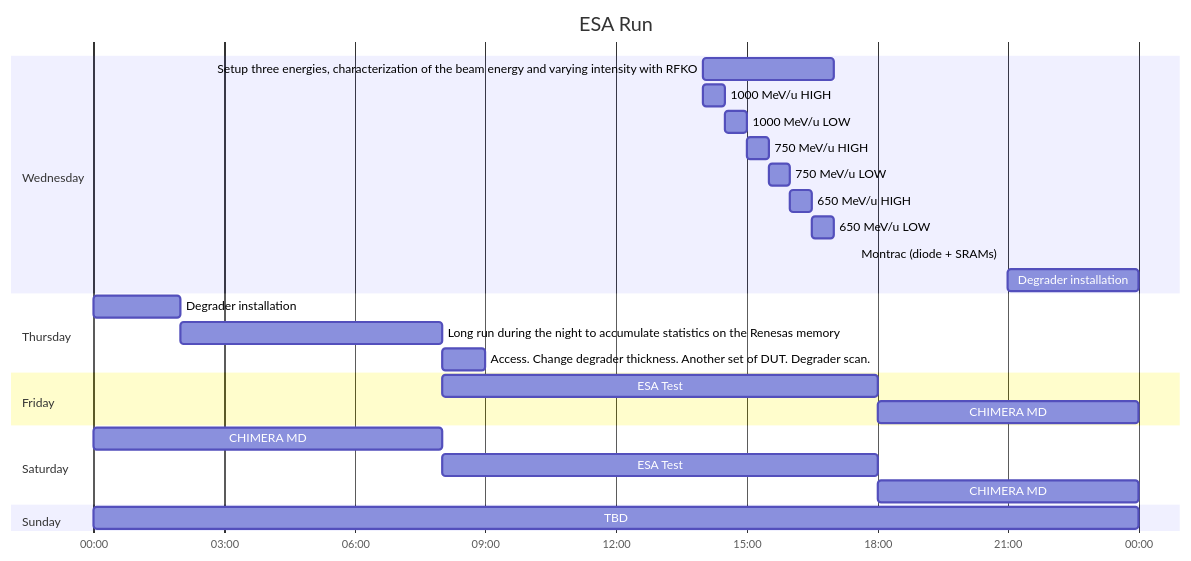
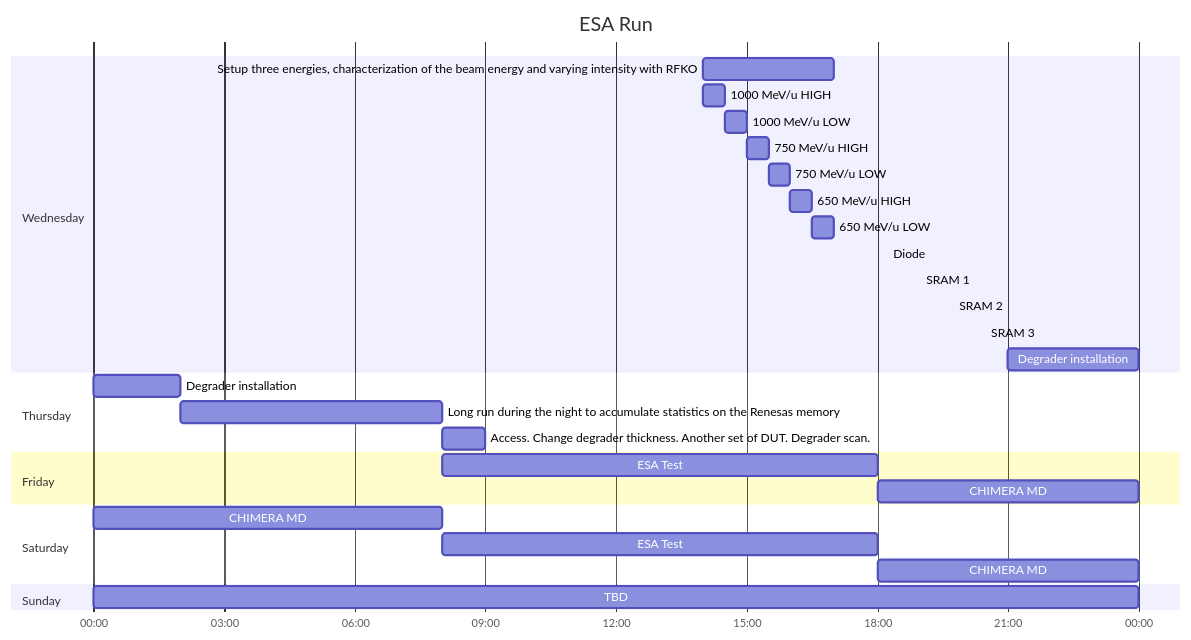
Before and after one commit to eliottjohnson/Obsidian-Vault: the diagram in Fellowship/CHIMERA/ESA Ion Run 2022.md, drawn with Mermaid. The commit also changed 1 other file, not shown here.

Commit message:
PC vault backup: 2022-11-18 11:47:47
Affected files:
.obsidian/appearance.json
Fellowship/CHIMERA/ESA Ion Run 2022.md

```diff
--- a/Fellowship/CHIMERA/ESA Ion Run 2022.md
+++ b/Fellowship/CHIMERA/ESA Ion Run 2022.md
@@ -108,28 +108,56 @@
 gantt
 
     title ESA Run
+
     dateFormat  HH-mm
-    axisFormat %H:%M  
+
+    axisFormat %H:%M
+
+  
 
     section Wednesday
 
     Setup three energies, characterization of the beam energy and varying intensity with RFKO: 14-00, 3h
 
     1000 MeV/u HIGH :14-00, 30m
+
     1000 MeV/u LOW :14-30, 30m
+
     750 MeV/u HIGH :15-00, 30m
+
     750 MeV/u LOW :15-30, 30m
+
     650 MeV/u HIGH : 16-00, 30m
-    650 MeV/u LOW : 16-30, 30m  
 
-    Montrac (diode + SRAMs) : 17-30, 3h30m
+    650 MeV/u LOW : 16-30, 30m
+
+  
+
+%%    Montrac movements: 17-30, 210m
+
+    Diode: 18-15, 45min
+
+    SRAM 1: 19-00, 45min
+
+    SRAM 2: 19-45, 45min
+
+    SRAM 3: 20-30, 45min
+
+  
+
     Degrader installation : 21-00, 3h
- 
+
+  
+
     section Thursday
+
     Degrader installation: 00-00, 2h
 
+  
+
     Long run during the night to accumulate statistics on the Renesas memory: 02-00, 6h
- 
+
+  
 
     Access. Change degrader thickness. Another set of DUT. Degrader scan. : 08-00, 1h
 
```
